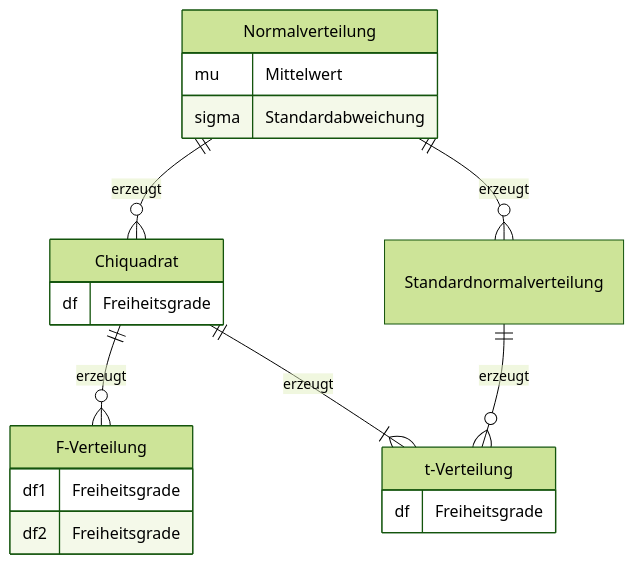
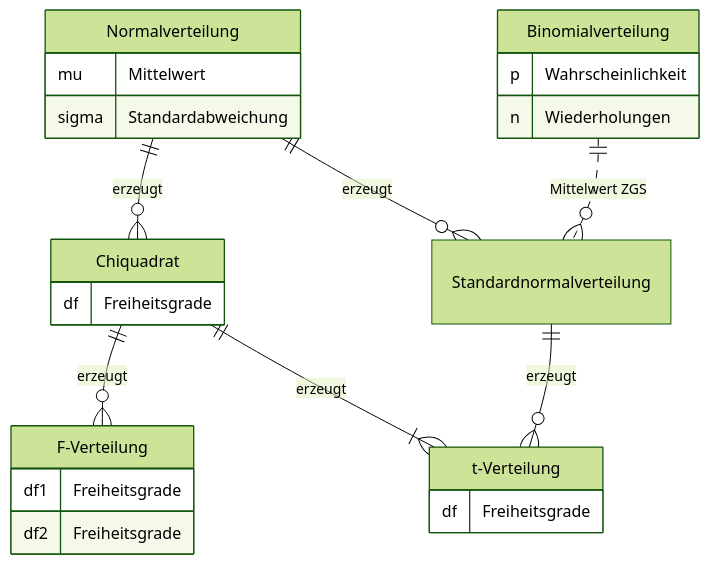
Before and after one commit to robertreingit/skriptum: the third of 3 diagrams in stats_distributions.qmd, drawn with Mermaid (forest theme). The commit also changed other lines of this file and 8 other files, not shown here.

````diff
--- a/stats_distributions.qmd
+++ b/stats_distributions.qmd
@@ -735,26 +798,31 @@
 ```{mermaid}
 %%| fig-cap: "Zusammenhang der verschiedenen Verteilungen"
 %%| label: fig-stats-dist-distributions
 
 erDiagram
     Normalverteilung ||--o{ Chiquadrat : erzeugt
     Normalverteilung {
         mu Mittelwert
         sigma Standardabweichung
     }
     Chiquadrat ||--o{ F-Verteilung : erzeugt
     Chiquadrat {
         df Freiheitsgrade
     }
+    Binomialverteilung ||..o{ Standardnormalverteilung: "Mittelwert ZGS" 
     F-Verteilung {
         df1 Freiheitsgrade
         df2 Freiheitsgrade
     }
     Normalverteilung ||--o{ Standardnormalverteilung : "erzeugt"
     Standardnormalverteilung ||--o{ t-Verteilung : erzeugt
     Chiquadrat ||--|{ t-Verteilung : erzeugt
     t-Verteilung {
         df Freiheitsgrade
     }
+    Binomialverteilung {
+        p Wahrscheinlichkeit
+        n Wiederholungen
+    }
    
 ```
````
